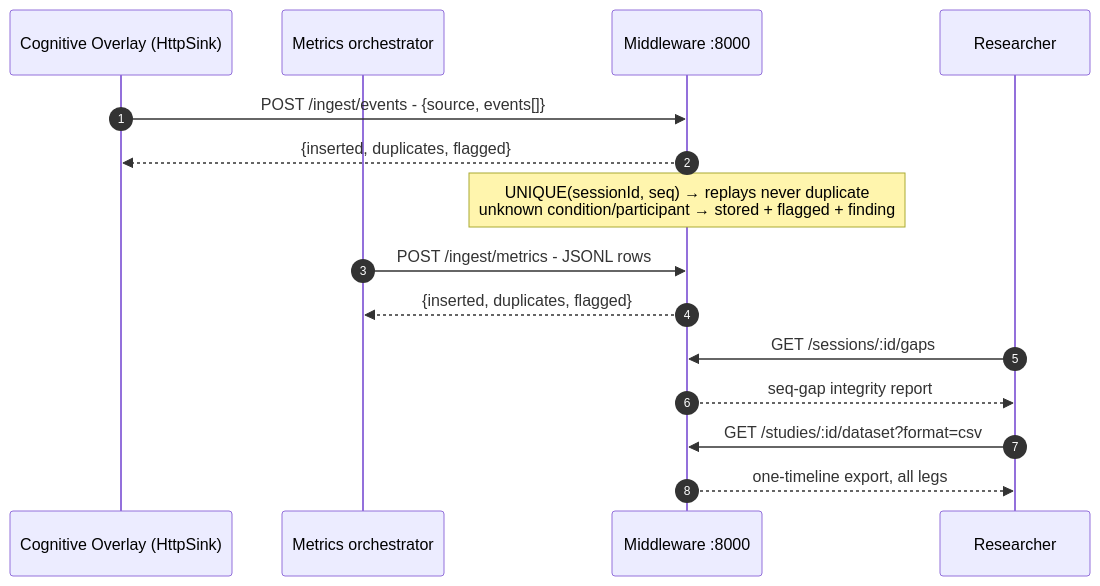
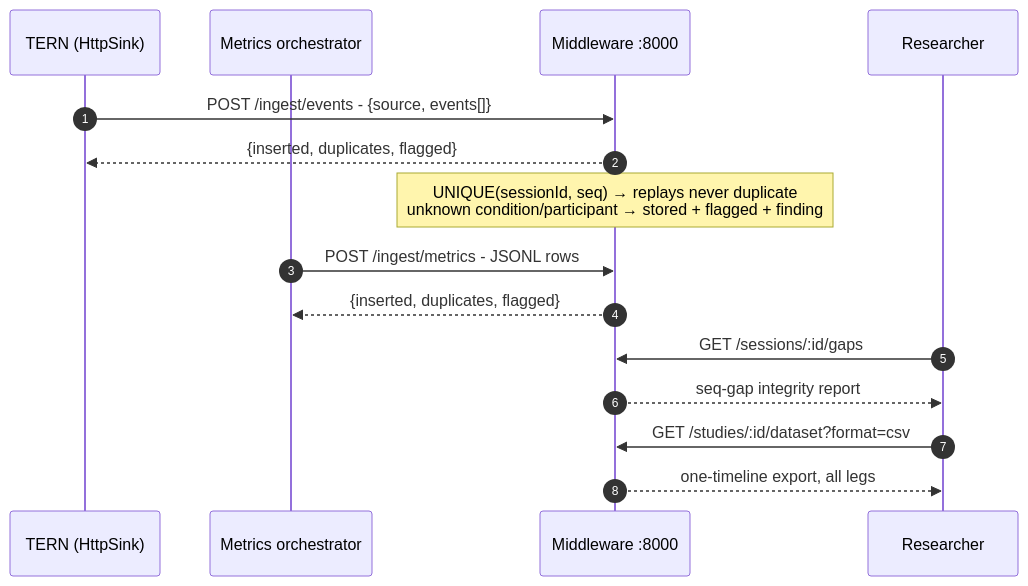
One commit to idreesshaikh/human-ai-studies-framework changed the diagram in middleware/README.md. Above: the diagram before and after it, drawn with Mermaid. The commit also changed other lines of this file and 193 other files, not shown here.

````diff
--- a/middleware/README.md
+++ b/middleware/README.md
@@ -8,18 +8,18 @@
 ```mermaid
 sequenceDiagram
     autonumber
-    participant O as Cognitive Overlay (HttpSink)
+    participant O as TERN (HttpSink)
     participant X as Metrics orchestrator
     participant M as Middleware :8000
     participant R as Researcher
 
     O->>M: POST /ingest/events - {source, events[]}
     M-->>O: {inserted, duplicates, flagged}
     Note over M: UNIQUE(sessionId, seq) → replays never duplicate<br/>unknown condition/participant → stored + flagged + finding
     X->>M: POST /ingest/metrics - JSONL rows
     M-->>X: {inserted, duplicates, flagged}
     R->>M: GET /sessions/:id/gaps
     M-->>R: seq-gap integrity report
     R->>M: GET /studies/:id/dataset?format=csv
     M-->>R: one-timeline export, all legs
 ```
````
